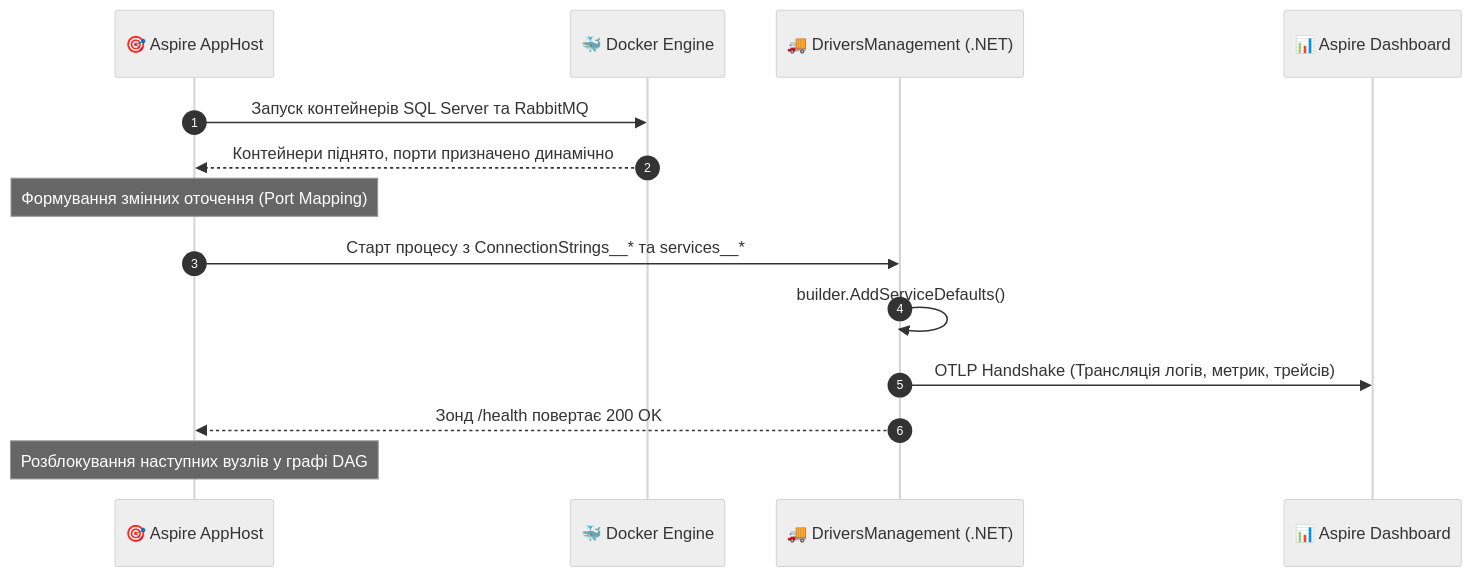
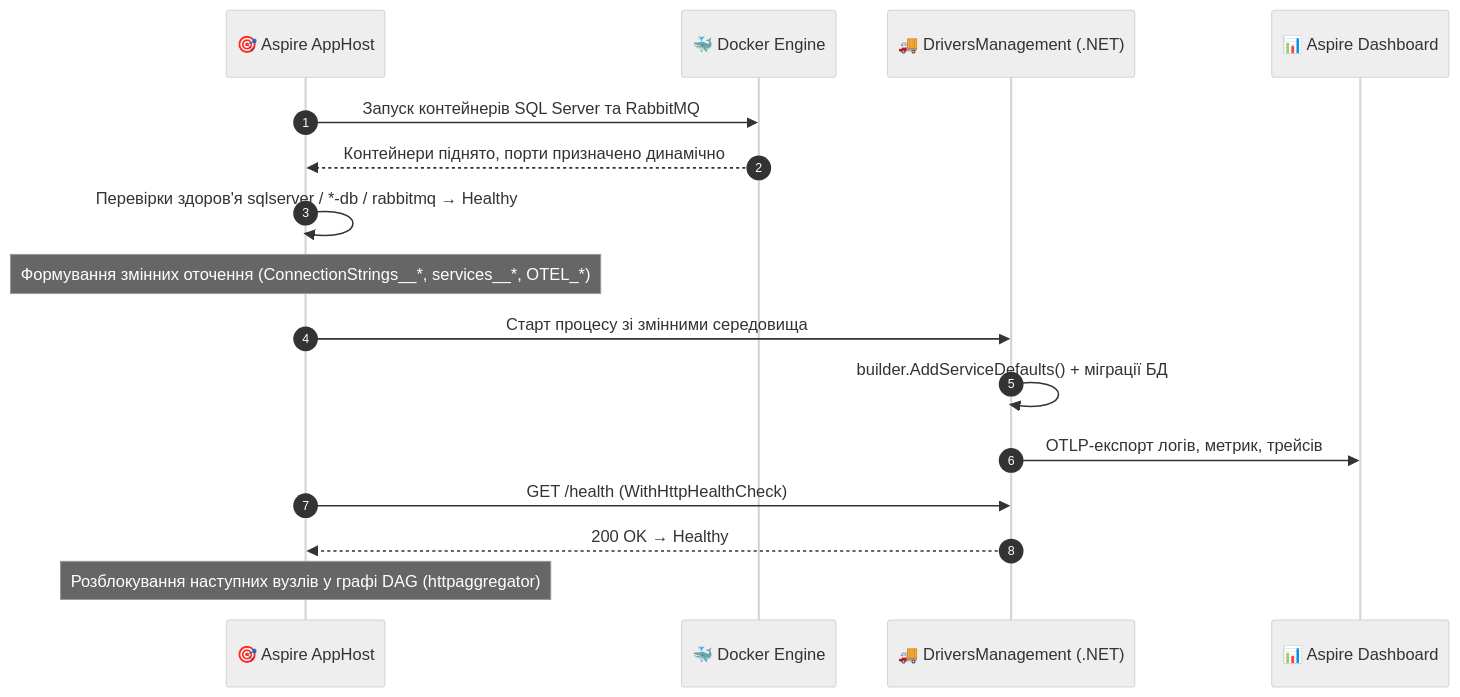
One commit to MrTomkaYurii/Demo-CargoDeliveryService changed the fourth of 4 diagrams in 02-Microservices-Craftsman/02-01-Aspire-Documentation/01_Aspire_Orchestration_AppHost_DeepDive.md. Above: the diagram before and after it, drawn with Mermaid (neutral theme). The commit also changed other lines of this file and 227 other files, not shown here.

````diff
--- a/02-Microservices-Craftsman/02-01-Aspire-Documentation/01_Aspire_Orchestration_AppHost_DeepDive.md
+++ b/02-Microservices-Craftsman/02-01-Aspire-Documentation/01_Aspire_Orchestration_AppHost_DeepDive.md
@@ -366,17 +439,19 @@
 ```mermaid
 sequenceDiagram
     autonumber
     participant Host as 🎯 Aspire AppHost
     participant Engine as 🐳 Docker Engine
     participant Service as 🚚 DriversManagement (.NET)
     participant Dash as 📊 Aspire Dashboard
 
     Host->>Engine: Запуск контейнерів SQL Server та RabbitMQ
     Engine-->>Host: Контейнери піднято, порти призначено динамічно
-    Note over Host: Формування змінних оточення (Port Mapping)
-    Host->>Service: Старт процесу з ConnectionStrings__* та services__*
-    Service->>Service: builder.AddServiceDefaults()
-    Service->>Dash: OTLP Handshake (Трансляція логів, метрик, трейсів)
-    Service-->>Host: Зонд /health повертає 200 OK
-    Note over Host: Розблокування наступних вузлів у графі DAG
+    Host->>Host: Перевірки здоров'я sqlserver / *-db / rabbitmq → Healthy
+    Note over Host: Формування змінних оточення (ConnectionStrings__*, services__*, OTEL_*)
+    Host->>Service: Старт процесу зі змінними середовища
+    Service->>Service: builder.AddServiceDefaults() + міграції БД
+    Service->>Dash: OTLP-експорт логів, метрик, трейсів
+    Host->>Service: GET /health (WithHttpHealthCheck)
+    Service-->>Host: 200 OK → Healthy
+    Note over Host: Розблокування наступних вузлів у графі DAG (httpaggregator)
 ```
````
